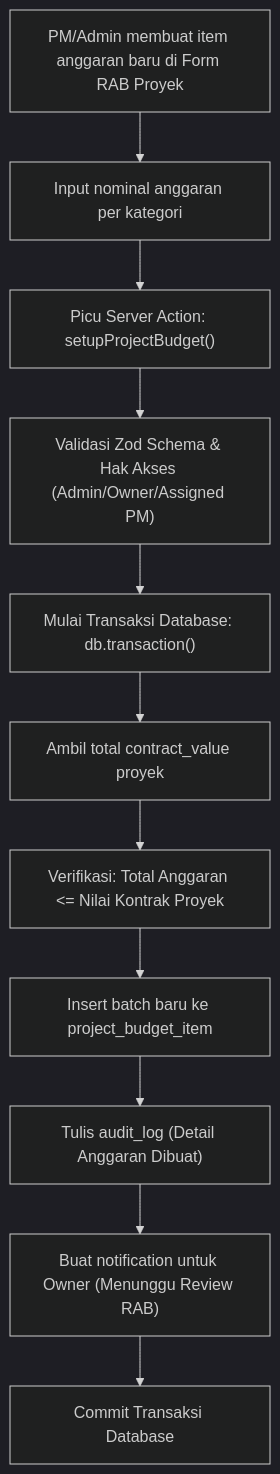
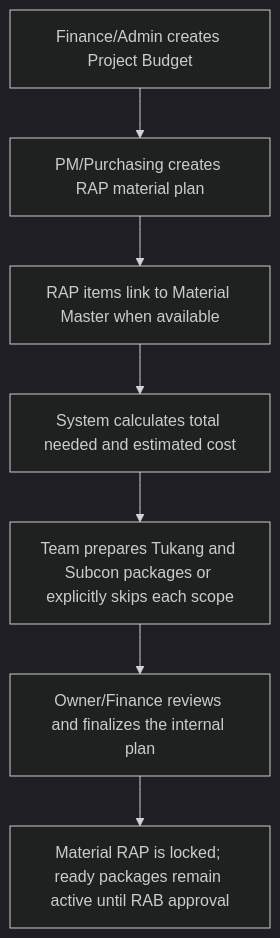
Before and after one commit to LibranRst/atria-erp: the fifth of 13 diagrams in docs/03-flows/FLOWS.md, drawn with Mermaid (dark theme). The commit also changed other lines of this file and 453 other files, not shown here.

Commit message:
refactor: consolidate finance and material control workflows

````diff
--- a/docs/03-flows/FLOWS.md
+++ b/docs/03-flows/FLOWS.md
@@ -157,13 +66,9 @@
 ```mermaid
-graph TD
-    A["PM/Admin membuat item anggaran baru di Form RAB Proyek"] --> B["Input nominal anggaran per kategori"]
-    B --> C["Picu Server Action: setupProjectBudget()"]
-    C --> D["Validasi Zod Schema & Hak Akses (Admin/Owner/Assigned PM)"]
-    D --> E["Mulai Transaksi Database: db.transaction()"]
-    E --> F["Ambil total contract_value proyek"]
-    F --> G["Verifikasi: Total Anggaran <= Nilai Kontrak Proyek"]
-    G --> H["Insert batch baru ke project_budget_item"]
-    H --> I["Tulis audit_log (Detail Anggaran Dibuat)"]
-    I --> J["Buat notification untuk Owner (Menunggu Review RAB)"]
-    J --> K["Commit Transaksi Database"]
+flowchart TD
+  A["Finance/Admin creates Project Budget"] --> B["PM/Purchasing creates RAP material plan"]
+  B --> C["RAP items link to Material Master when available"]
+  C --> D["System calculates total needed and estimated cost"]
+  D --> E["Team prepares Tukang and Subcon packages or explicitly skips each scope"]
+  E --> F["Owner/Finance reviews and finalizes the internal plan"]
+  F --> G["Material RAP is locked; ready packages remain active until RAB approval"]
 ```
````
